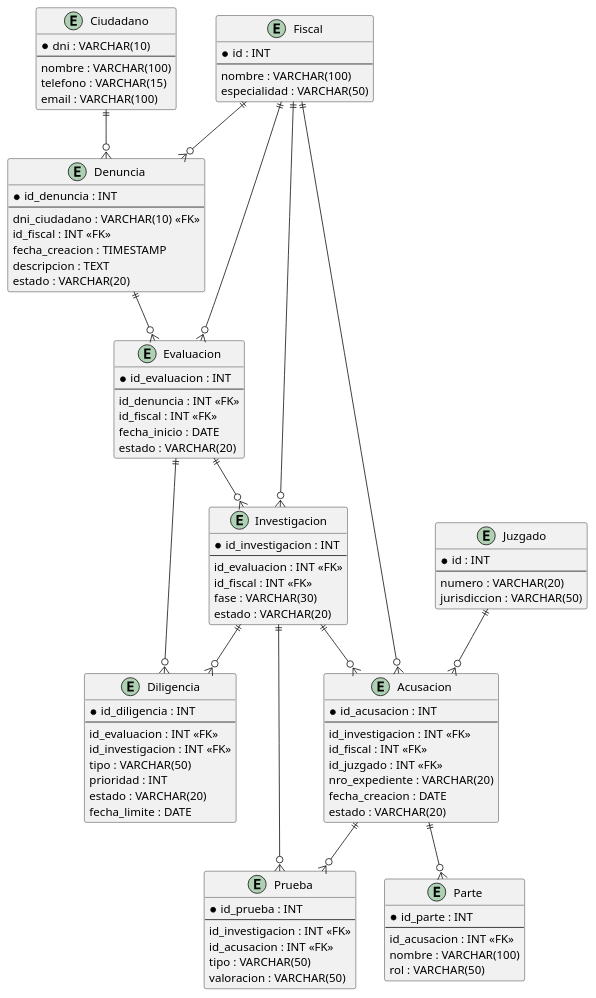
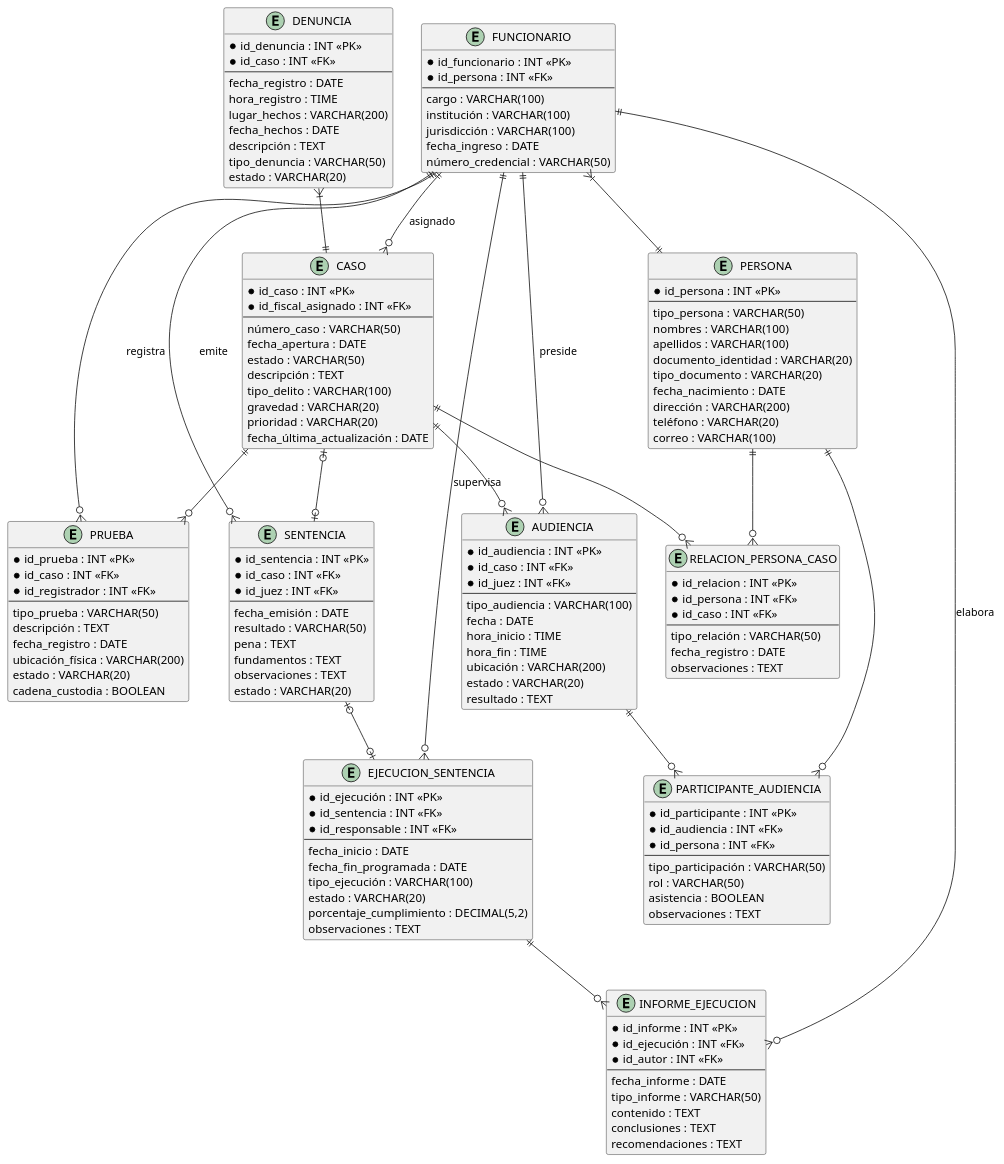
Before and after one commit to genomike/modelado_y_analisis_de_software: the diagram in 3.Modelado de Datos/modelo_logico.puml, drawn with PlantUML. The commit also changed 52 other files, not shown here.

Commit message:
incluyendo etapa de juicio y ejecucion de sentencia

```diff
--- a/3.Modelado de Datos/modelo_logico.puml
+++ b/3.Modelado de Datos/modelo_logico.puml
@@ -1,105 +1,161 @@
-@startuml
-entity "Ciudadano" {
-  *dni : VARCHAR(10)
+@startuml Modelo Lógico del Sistema Judicial
+
+' Tablas principales
+entity "PERSONA" as persona {
+  * id_persona : INT <<PK>>
   --
-  nombre : VARCHAR(100)
-  telefono : VARCHAR(15)
-  email : VARCHAR(100)
+  tipo_persona : VARCHAR(50)
+  nombres : VARCHAR(100)
+  apellidos : VARCHAR(100)
+  documento_identidad : VARCHAR(20)
+  tipo_documento : VARCHAR(20)
+  fecha_nacimiento : DATE
+  dirección : VARCHAR(200)
+  teléfono : VARCHAR(20)
+  correo : VARCHAR(100)
 }
 
-entity "Fiscal" {
-  *id : INT
+entity "FUNCIONARIO" as funcionario {
+  * id_funcionario : INT <<PK>>
+  * id_persona : INT <<FK>>
   --
-  nombre : VARCHAR(100)
-  especialidad : VARCHAR(50)
+  cargo : VARCHAR(100)
+  institución : VARCHAR(100)
+  jurisdicción : VARCHAR(100)
+  fecha_ingreso : DATE
+  número_credencial : VARCHAR(50)
 }
 
-entity "Juzgado" {
-  *id : INT
+entity "CASO" as caso {
+  * id_caso : INT <<PK>>
+  * id_fiscal_asignado : INT <<FK>>
   --
-  numero : VARCHAR(20)
-  jurisdiccion : VARCHAR(50)
+  número_caso : VARCHAR(50)
+  fecha_apertura : DATE
+  estado : VARCHAR(50)
+  descripción : TEXT
+  tipo_delito : VARCHAR(100)
+  gravedad : VARCHAR(20)
+  prioridad : VARCHAR(20)
+  fecha_última_actualización : DATE
 }
 
-entity "Denuncia" {
-  *id_denuncia : INT
+entity "DENUNCIA" as denuncia {
+  * id_denuncia : INT <<PK>>
+  * id_caso : INT <<FK>>
   --
-  dni_ciudadano : VARCHAR(10) <<FK>>
-  id_fiscal : INT <<FK>>
-  fecha_creacion : TIMESTAMP
-  descripcion : TEXT
+  fecha_registro : DATE
+  hora_registro : TIME
+  lugar_hechos : VARCHAR(200)
+  fecha_hechos : DATE
+  descripción : TEXT
+  tipo_denuncia : VARCHAR(50)
   estado : VARCHAR(20)
 }
 
-entity "Evaluacion" {
-  *id_evaluacion : INT
+entity "RELACION_PERSONA_CASO" as rel_persona_caso {
+  * id_relacion : INT <<PK>>
+  * id_persona : INT <<FK>>
+  * id_caso : INT <<FK>>
   --
-  id_denuncia : INT <<FK>>
-  id_fiscal : INT <<FK>>
-  fecha_inicio : DATE
+  tipo_relación : VARCHAR(50)
+  fecha_registro : DATE
+  observaciones : TEXT
+}
+
+entity "PRUEBA" as prueba {
+  * id_prueba : INT <<PK>>
+  * id_caso : INT <<FK>>
+  * id_registrador : INT <<FK>>
+  --
+  tipo_prueba : VARCHAR(50)
+  descripción : TEXT
+  fecha_registro : DATE
+  ubicación_física : VARCHAR(200)
+  estado : VARCHAR(20)
+  cadena_custodia : BOOLEAN
+}
+
+entity "AUDIENCIA" as audiencia {
+  * id_audiencia : INT <<PK>>
+  * id_caso : INT <<FK>>
+  * id_juez : INT <<FK>>
+  --
+  tipo_audiencia : VARCHAR(100)
+  fecha : DATE
+  hora_inicio : TIME
+  hora_fin : TIME
+  ubicación : VARCHAR(200)
+  estado : VARCHAR(20)
+  resultado : TEXT
+}
+
+entity "PARTICIPANTE_AUDIENCIA" as part_audiencia {
+  * id_participante : INT <<PK>>
+  * id_audiencia : INT <<FK>>
+  * id_persona : INT <<FK>>
+  --
+  tipo_participación : VARCHAR(50)
+  rol : VARCHAR(50)
+  asistencia : BOOLEAN
+  observaciones : TEXT
+}
+
+entity "SENTENCIA" as sentencia {
+  * id_sentencia : INT <<PK>>
+  * id_caso : INT <<FK>>
+  * id_juez : INT <<FK>>
+  --
+  fecha_emisión : DATE
+  resultado : VARCHAR(50)
+  pena : TEXT
+  fundamentos : TEXT
+  observaciones : TEXT
   estado : VARCHAR(20)
 }
 
-entity "Diligencia" {
-  *id_diligencia : INT
+entity "EJECUCION_SENTENCIA" as ejecucion {
+  * id_ejecución : INT <<PK>>
+  * id_sentencia : INT <<FK>>
+  * id_responsable : INT <<FK>>
   --
-  id_evaluacion : INT <<FK>>
-  id_investigacion : INT <<FK>>
-  tipo : VARCHAR(50)
-  prioridad : INT
+  fecha_inicio : DATE
+  fecha_fin_programada : DATE
+  tipo_ejecución : VARCHAR(100)
   estado : VARCHAR(20)
-  fecha_limite : DATE
+  porcentaje_cumplimiento : DECIMAL(5,2)
+  observaciones : TEXT
 }
 
-entity "Investigacion" {
-  *id_investigacion : INT
+entity "INFORME_EJECUCION" as informe {
+  * id_informe : INT <<PK>>
+  * id_ejecución : INT <<FK>>
+  * id_autor : INT <<FK>>
   --
-  id_evaluacion : INT <<FK>>
-  id_fiscal : INT <<FK>>
-  fase : VARCHAR(30)
-  estado : VARCHAR(20)
+  fecha_informe : DATE
+  tipo_informe : VARCHAR(50)
+  contenido : TEXT
+  conclusiones : TEXT
+  recomendaciones : TEXT
 }
 
-entity "Prueba" {
-  *id_prueba : INT
-  --
-  id_investigacion : INT <<FK>>
-  id_acusacion : INT <<FK>>
-  tipo : VARCHAR(50)
-  valoracion : VARCHAR(50)
-}
+' Relaciones
+funcionario }|--|| persona
+denuncia }|--|| caso
+caso ||--o{ rel_persona_caso
+persona ||--o{ rel_persona_caso
+caso ||--o{ prueba
+caso ||--o{ audiencia
+caso |o--o| sentencia
+sentencia |o--o| ejecucion
+audiencia ||--o{ part_audiencia
+persona ||--o{ part_audiencia
+ejecucion ||--o{ informe
+funcionario ||--o{ prueba : registra
+funcionario ||--o{ caso : asignado
+funcionario ||--o{ audiencia : preside
+funcionario ||--o{ sentencia : emite
+funcionario ||--o{ ejecucion : supervisa
+funcionario ||--o{ informe : elabora
 
-entity "Acusacion" {
-  *id_acusacion : INT
-  --
-  id_investigacion : INT <<FK>>
-  id_fiscal : INT <<FK>>
-  id_juzgado : INT <<FK>>
-  nro_expediente : VARCHAR(20)
-  fecha_creacion : DATE
-  estado : VARCHAR(20)
-}
-
-entity "Parte" {
-  *id_parte : INT
-  --
-  id_acusacion : INT <<FK>>
-  nombre : VARCHAR(100)
-  rol : VARCHAR(50)
-}
-
-Ciudadano ||--o{ Denuncia
-Fiscal ||--o{ Denuncia
-Fiscal ||--o{ Evaluacion
-Fiscal ||--o{ Investigacion
-Fiscal ||--o{ Acusacion
-Denuncia ||--o{ Evaluacion
-Evaluacion ||--o{ Diligencia
-Evaluacion ||--o{ Investigacion
-Investigacion ||--o{ Diligencia
-Investigacion ||--o{ Prueba
-Investigacion ||--o{ Acusacion
-Acusacion ||--o{ Prueba
-Acusacion ||--o{ Parte
-Juzgado ||--o{ Acusacion
 @enduml
```
